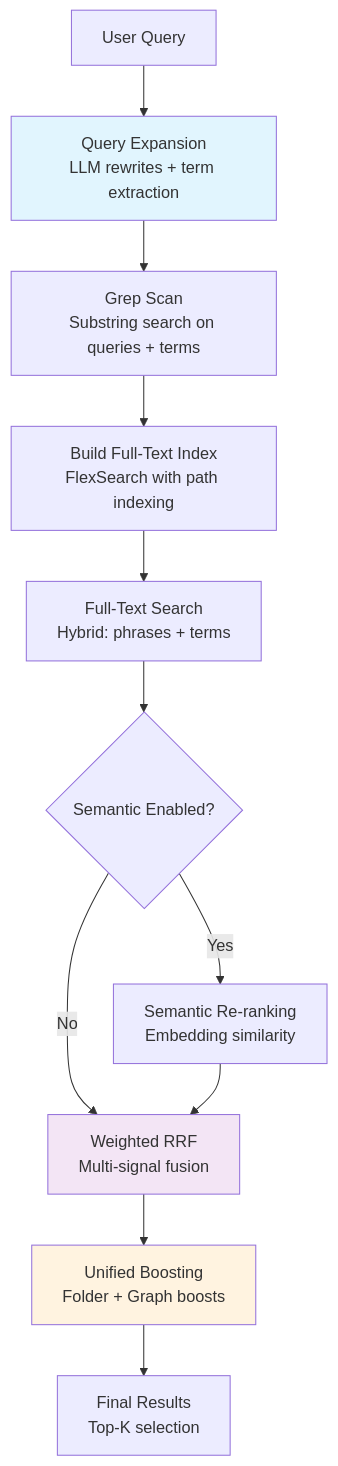
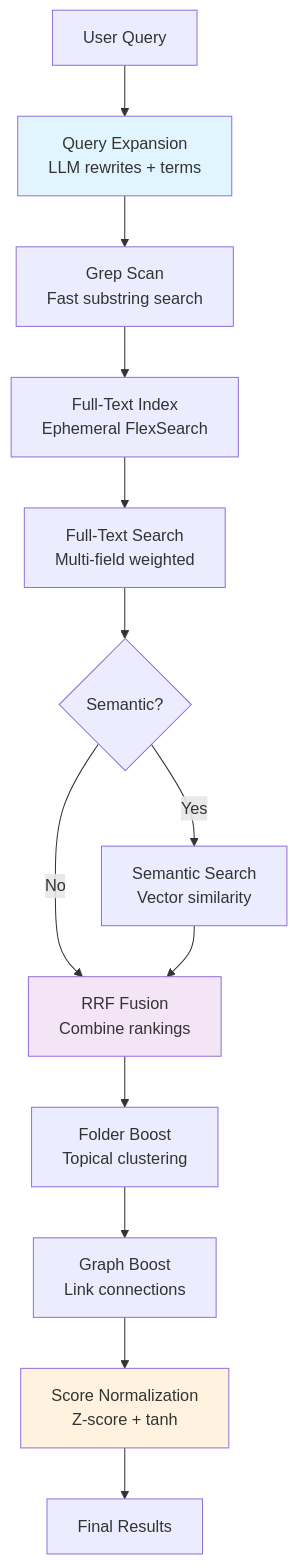
One commit to logancyang/obsidian-copilot changed the diagram in src/search/v3/README.md. Above: the diagram before and after it, drawn with Mermaid. The commit also changed other lines of this file and 12 other files, not shown here.

First line of the commit message:
Enhance search functionality with scoring normalization and explanations

````diff
--- a/src/search/v3/README.md
+++ b/src/search/v3/README.md
@@ -92,17 +7,19 @@
 ```mermaid
 graph TD
-    A[User Query] --> B[Query Expansion<br/>LLM rewrites + term extraction]
-    B --> C[Grep Scan<br/>Substring search on queries + terms]
-    C --> E[Build Full-Text Index<br/>FlexSearch with path indexing]
-    E --> F[Full-Text Search<br/>Hybrid: phrases + terms]
-    F --> G{Semantic Enabled?}
-    G -->|Yes| H[Semantic Re-ranking<br/>Embedding similarity]
-    G -->|No| I[Weighted RRF<br/>Multi-signal fusion]
-    H --> I
-    I --> B2[Unified Boosting<br/>Folder + Graph boosts]
-    B2 --> J[Final Results<br/>Top-K selection]
+    A[User Query] --> B[Query Expansion<br/>LLM rewrites + terms]
+    B --> C[Grep Scan<br/>Fast substring search]
+    C --> D[Full-Text Index<br/>Ephemeral FlexSearch]
+    D --> E[Full-Text Search<br/>Multi-field weighted]
+    E --> F{Semantic?}
+    F -->|Yes| G[Semantic Search<br/>Vector similarity]
+    F -->|No| H[RRF Fusion]
+    G --> H[RRF Fusion<br/>Combine rankings]
+    H --> I[Folder Boost<br/>Topical clustering]
+    I --> J[Graph Boost<br/>Link connections]
+    J --> K[Score Normalization<br/>Z-score + tanh]
+    K --> L[Final Results]
 
     style B fill:#e1f5fe
-    style B2 fill:#fff3e0
-    style I fill:#f3e5f5
+    style H fill:#f3e5f5
+    style K fill:#fff3e0
 ```
````
